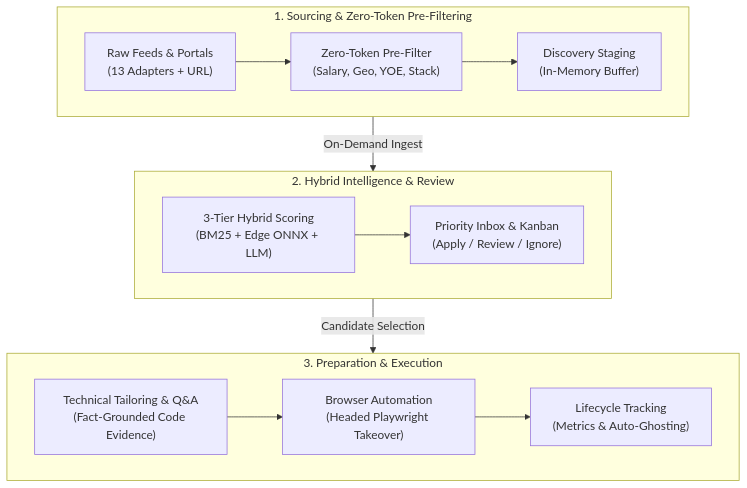
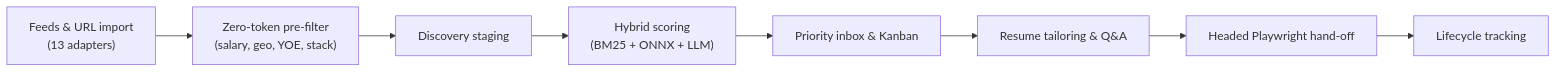
Before and after one commit to Achyuth072/Vanguard: the diagram in README.md, drawn with Mermaid. The commit also changed other lines of this file and 1 other file, not shown here.

Commit message:
docs: update README and add scoring pipeline documentation

````diff
--- a/README.md
+++ b/README.md
@@ -44,20 +40,6 @@
 ```mermaid
-flowchart TD
-    subgraph Discovery["1. Sourcing & Zero-Token Pre-Filtering"]
-        direction LR
-        A["Raw Feeds & Portals<br/>(13 Adapters + URL)"] --> B["Zero-Token Pre-Filter<br/>(Salary, Geo, YOE, Stack)"] --> C["Discovery Staging<br/>(In-Memory Buffer)"]
-    end
-
-    subgraph Evaluation["2. Hybrid Intelligence & Review"]
-        direction LR
-        D["3-Tier Hybrid Scoring<br/>(BM25 + Edge ONNX + LLM)"] --> E["Priority Inbox & Kanban<br/>(Apply / Review / Ignore)"]
-    end
-
-    subgraph Execution["3. Preparation & Execution"]
-        direction LR
-        F["Technical Tailoring & Q&A<br/>(Fact-Grounded Code Evidence)"] --> G["Browser Automation<br/>(Headed Playwright Takeover)"] --> H["Lifecycle Tracking<br/>(Metrics & Auto-Ghosting)"]
-    end
-
-    Discovery -->|On-Demand Ingest| Evaluation
-    Evaluation -->|Candidate Selection| Execution
+flowchart LR
+    A["Feeds & URL import<br/>(13 adapters)"] --> B["Zero-token pre-filter<br/>(salary, geo, YOE, stack)"] --> C["Discovery staging"]
+    C --> D["Hybrid scoring<br/>(BM25 + ONNX + LLM)"] --> E["Priority inbox & Kanban"]
+    E --> F["Resume tailoring & Q&A"] --> G["Headed Playwright hand-off"] --> H["Lifecycle tracking"]
 ```
````
